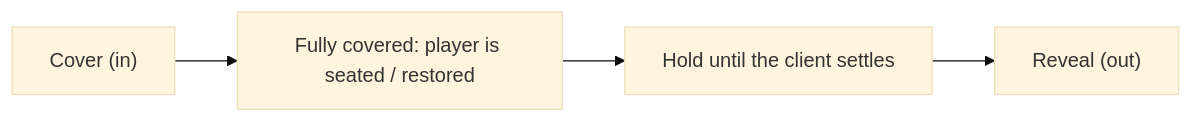
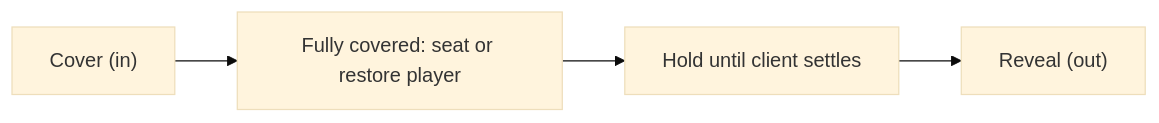
The diagram in docs/TRANSITIONS.md (Horuse/Pixelay), drawn with Mermaid (base theme) before and after one commit. The commit also changed other lines of this file and 107 other files, not shown here.

````diff
--- a/docs/TRANSITIONS.md
+++ b/docs/TRANSITIONS.md
@@ -107,4 +108,4 @@
 ```mermaid
 flowchart LR
-    A["Cover (in)"] --> B["Fully covered: player is seated / restored"] --> C["Hold until the client settles"] --> D["Reveal (out)"]
+    A["Cover (in)"] --> B["Fully covered: seat or restore player"] --> C["Hold until client settles"] --> D["Reveal (out)"]
 ```
````
